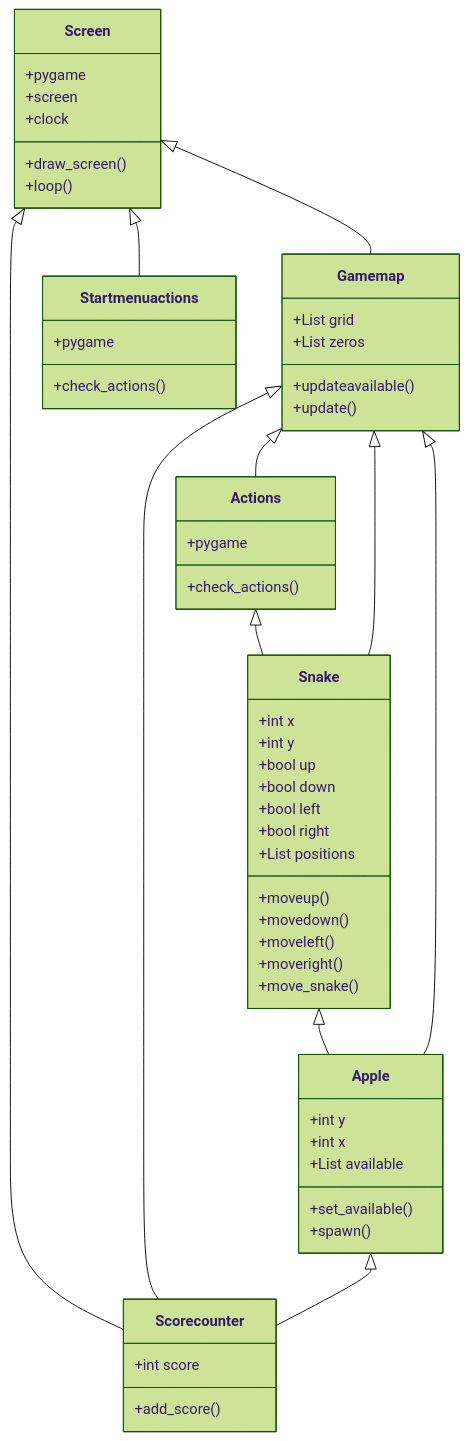
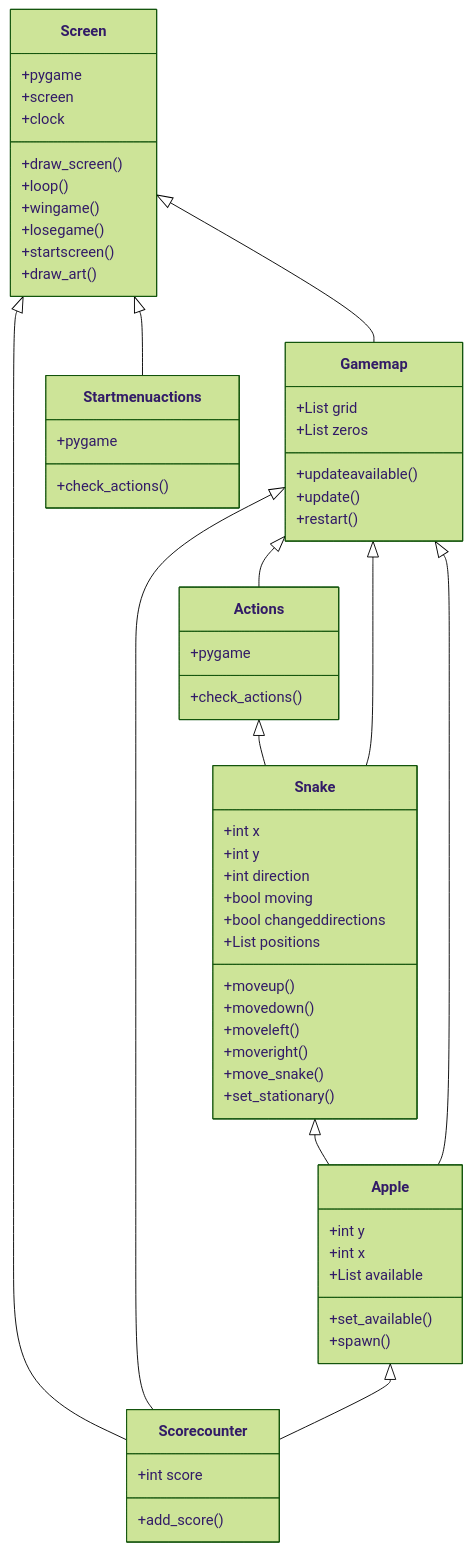
One commit to ThomasGrundstrom/ot-harjoitustyo changed the first of 2 diagrams in dokumentaatio/arkkitehtuuri.md. Above: the diagram before and after it, drawn with Mermaid (forest theme). The commit also changed other lines of this file, not shown here.

````diff
--- a/dokumentaatio/arkkitehtuuri.md
+++ b/dokumentaatio/arkkitehtuuri.md
@@ -5,60 +21,65 @@
 ```mermaid
  classDiagram
 	Screen <|-- Gamemap
 	Screen <|-- Scorecounter
 	Screen <|-- Startmenuactions
 	Gamemap <|-- Actions
 	Gamemap <|-- Scorecounter
 	Actions <|-- Snake
 	Gamemap <|-- Snake
 	Snake <|-- Apple
 	Gamemap <|-- Apple
 	Apple <|-- Scorecounter
 	class Screen{
 		+pygame
 		+screen
 		+clock
 		+draw_screen()
 		+loop()
+		+wingame()
+		+losegame()
+		+startscreen()
+		+draw_art()
 	}
 	class Gamemap{
 		+List grid
 		+List zeros
 		+updateavailable()
 		+update()
+		+restart()
 	}
 	class Actions{
 		+pygame
 		+check_actions()
 	}
 	class Snake{
 		+int x
 		+int y
-		+bool up
-		+bool down
-		+bool left
-		+bool right
+		+int direction
+		+bool moving
+		+bool changeddirections
 		+List positions
 		+moveup()
 		+movedown()
 		+moveleft()
 		+moveright()
 		+move_snake()
+		+set_stationary()
 	}
 	class Apple{
 		+int y
 		+int x
 		+List available
 		+set_available()
 		+spawn()
 	}
 	class Scorecounter{
 		+int score
 		+add_score()
 	}
 	class Startmenuactions{
 		+pygame
 		+check_actions()
 	}
 
 ```
````
